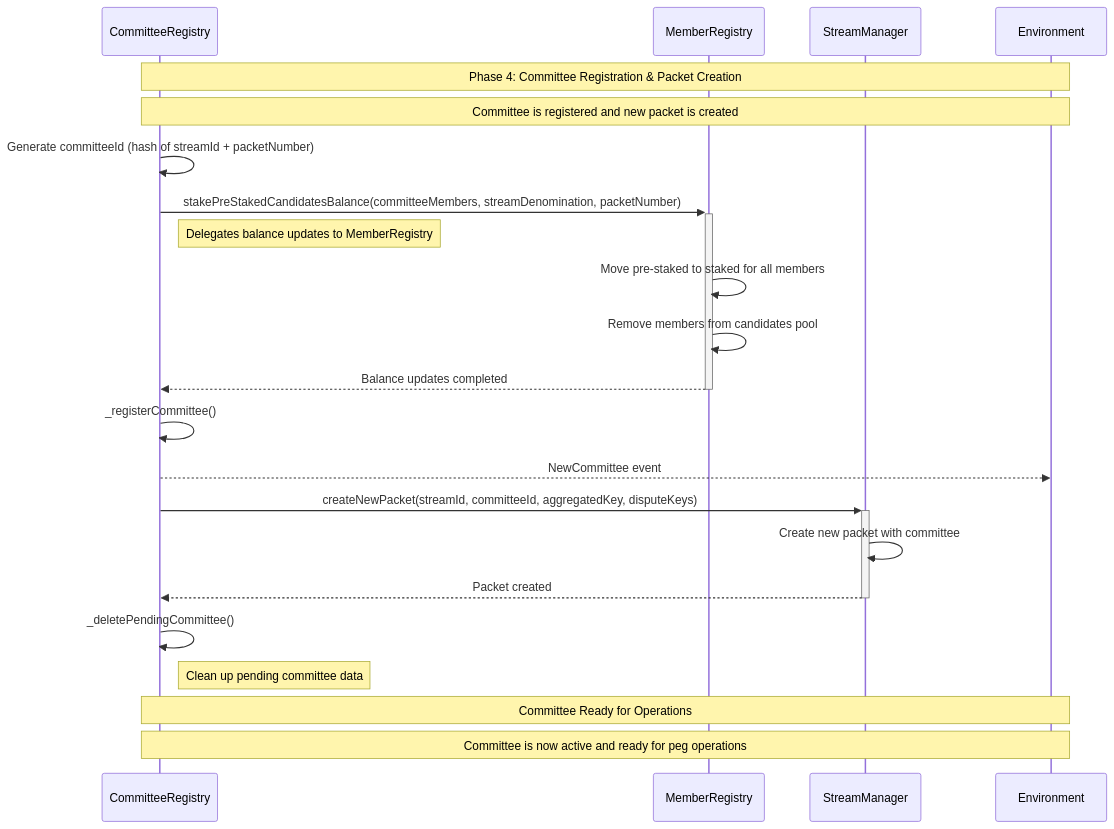
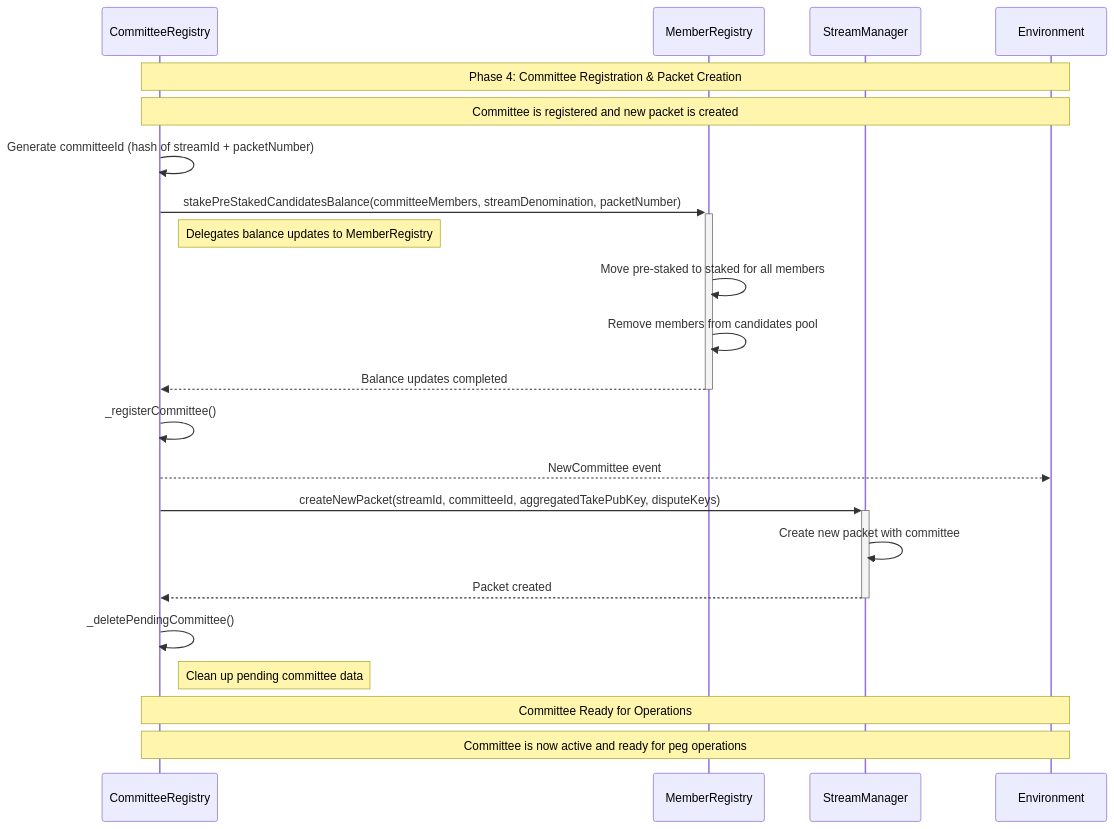
One commit to rsksmart/union-bridge-contracts changed the fourth of 14 diagrams in README.md. Above: the diagram before and after it, drawn with Mermaid. The commit also changed other lines of this file and 38 other files, not shown here.

First line of the commit message:
Aggregated dispute key (#411)

````diff
--- a/README.md
+++ b/README.md
@@ -722,27 +722,27 @@
 ```mermaid
 sequenceDiagram
     participant CR as CommitteeRegistry
     participant MR as MemberRegistry
     participant SM as StreamManager
     participant ENV as Environment
 
     Note over CR,ENV: Phase 4: Committee Registration & Packet Creation
     Note over CR,ENV: Committee is registered and new packet is created
 
     CR->>CR: Generate committeeId (hash of streamId + packetNumber)
     CR->>+MR: stakePreStakedCandidatesBalance(committeeMembers, streamDenomination, packetNumber)
     Note right of CR: Delegates balance updates to MemberRegistry
     MR->>MR: Move pre-staked to staked for all members
     MR->>MR: Remove members from candidates pool
     MR-->>-CR: Balance updates completed
     CR->>CR: _registerCommittee()
     CR-->>ENV: NewCommittee event
-    CR->>+SM: createNewPacket(streamId, committeeId, aggregatedKey, disputeKeys)
+    CR->>+SM: createNewPacket(streamId, committeeId, aggregatedTakePubKey, disputeKeys)
     SM->>SM: Create new packet with committee
     SM-->>-CR: Packet created
     CR->>CR: _deletePendingCommittee()
     Note right of CR: Clean up pending committee data
 
     Note over CR,ENV: Committee Ready for Operations
     Note over CR,ENV: Committee is now active and ready for peg operations
 ```
````
